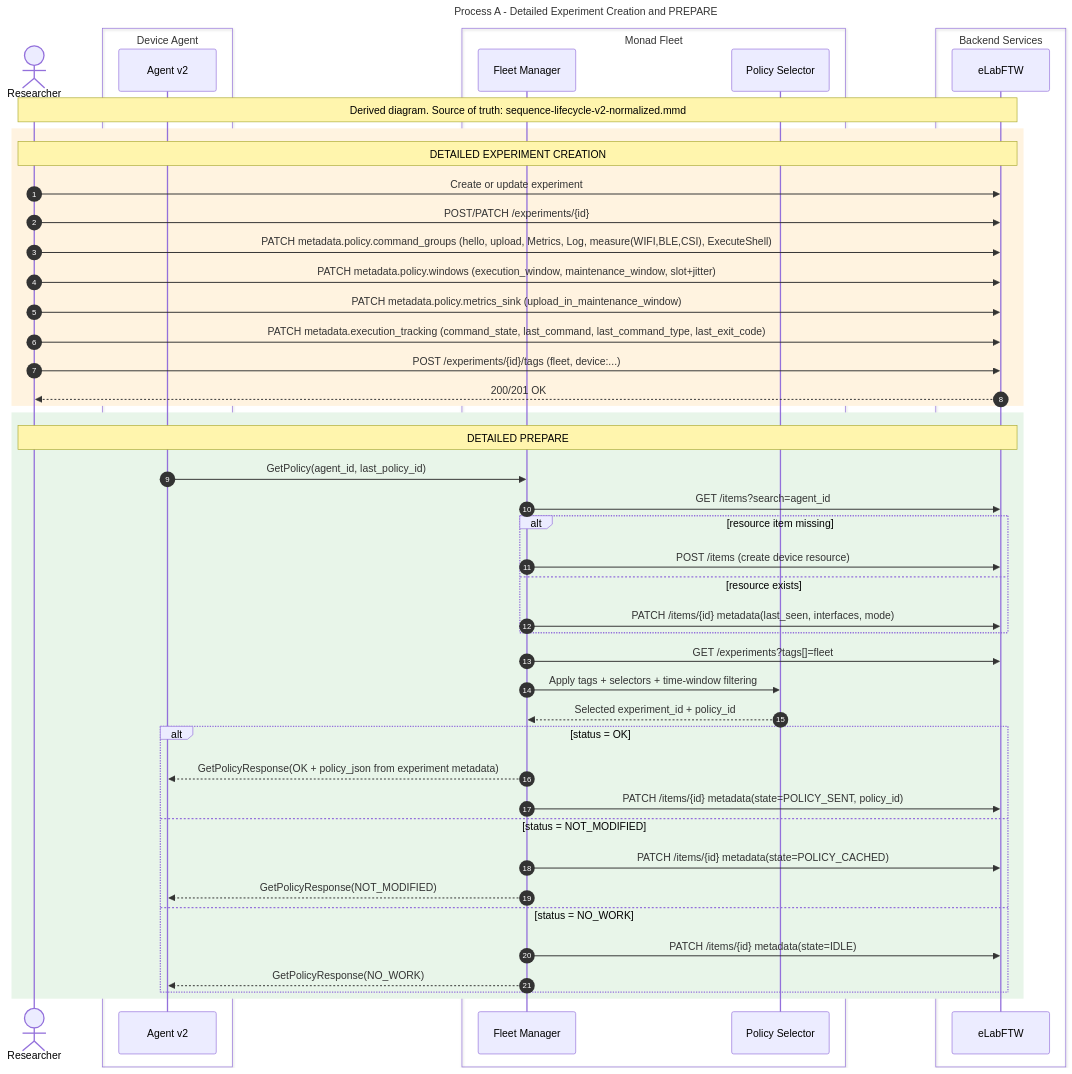
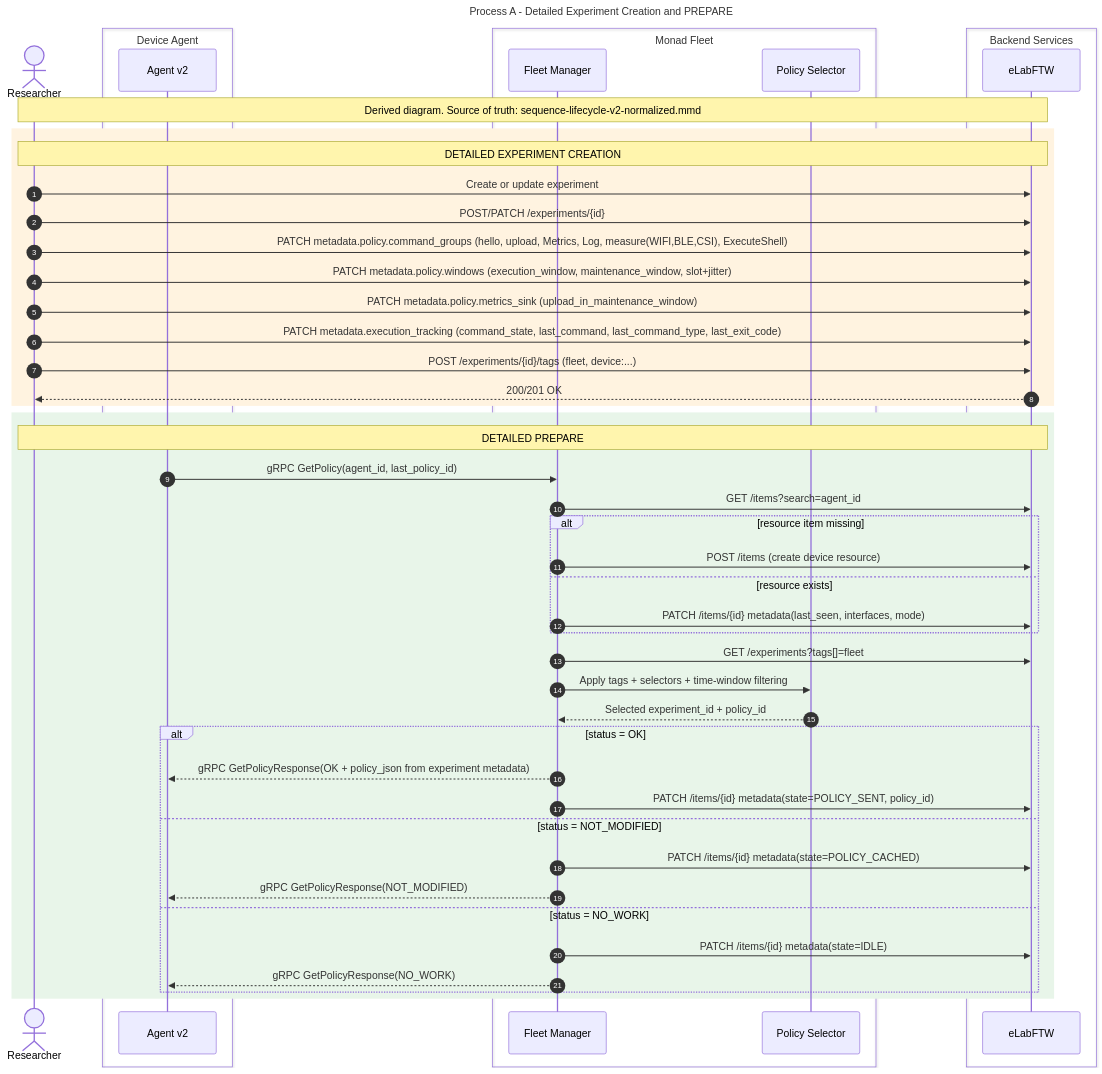
Before and after one commit to hokanuSK/Monad-Fleet-plugin: the diagram in docs/diagrams/sequence-policy-authoring-prepare.mmd, drawn with Mermaid. The commit also changed 8 other files, not shown here.

Commit message:
docs: capture grpc flow and exp9 artifact handoff

```diff
--- a/docs/diagrams/sequence-policy-authoring-prepare.mmd
+++ b/docs/diagrams/sequence-policy-authoring-prepare.mmd
@@ -1,53 +1,53 @@
 %% NOTE: Keep this diagram updated with any protocol or flow changes!
 %% Last updated: 2026-03-27
 sequenceDiagram
     title: Process A - Detailed Experiment Creation and PREPARE
     autonumber
     actor Researcher
     box Device Agent
         participant Agent as Agent v2
     end
     box Monad Fleet
         participant Fleet as Fleet Manager
         participant Selector as Policy Selector
     end
     box Backend Services
         participant ELab as eLabFTW
     end
     Note over Researcher,ELab: Derived diagram. Source of truth: sequence-lifecycle-v2-normalized.mmd
     rect rgb(255,243,224)
         Note over Researcher,ELab: DETAILED EXPERIMENT CREATION
         Researcher->>ELab: Create or update experiment
         Researcher->>ELab: POST/PATCH /experiments/{id}
         Researcher->>ELab: PATCH metadata.policy.command_groups (hello, upload, Metrics, Log, measure(WIFI,BLE,CSI), ExecuteShell)
         Researcher->>ELab: PATCH metadata.policy.windows (execution_window, maintenance_window, slot+jitter)
         Researcher->>ELab: PATCH metadata.policy.metrics_sink (upload_in_maintenance_window)
         Researcher->>ELab: PATCH metadata.execution_tracking (command_state, last_command, last_command_type, last_exit_code)
         Researcher->>ELab: POST /experiments/{id}/tags (fleet, device:...)
         ELab-->>Researcher: 200/201 OK
     end
 
     rect rgb(232,245,233)
         Note over Researcher,ELab: DETAILED PREPARE
-        Agent->>Fleet: GetPolicy(agent_id, last_policy_id)
+        Agent->>Fleet: gRPC GetPolicy(agent_id, last_policy_id)
         Fleet->>ELab: GET /items?search=agent_id
         alt resource item missing
             Fleet->>ELab: POST /items (create device resource)
         else resource exists
             Fleet->>ELab: PATCH /items/{id} metadata(last_seen, interfaces, mode)
         end
 
         Fleet->>ELab: GET /experiments?tags[]=fleet
         Fleet->>Selector: Apply tags + selectors + time-window filtering
         Selector-->>Fleet: Selected experiment_id + policy_id
         alt status = OK
-            Fleet-->>Agent: GetPolicyResponse(OK + policy_json from experiment metadata)
+            Fleet-->>Agent: gRPC GetPolicyResponse(OK + policy_json from experiment metadata)
             Fleet->>ELab: PATCH /items/{id} metadata(state=POLICY_SENT, policy_id)
         else status = NOT_MODIFIED
             Fleet->>ELab: PATCH /items/{id} metadata(state=POLICY_CACHED)
-            Fleet-->>Agent: GetPolicyResponse(NOT_MODIFIED)
+            Fleet-->>Agent: gRPC GetPolicyResponse(NOT_MODIFIED)
         else status = NO_WORK
             Fleet->>ELab: PATCH /items/{id} metadata(state=IDLE)
-            Fleet-->>Agent: GetPolicyResponse(NO_WORK)
+            Fleet-->>Agent: gRPC GetPolicyResponse(NO_WORK)
         end
     end
```
